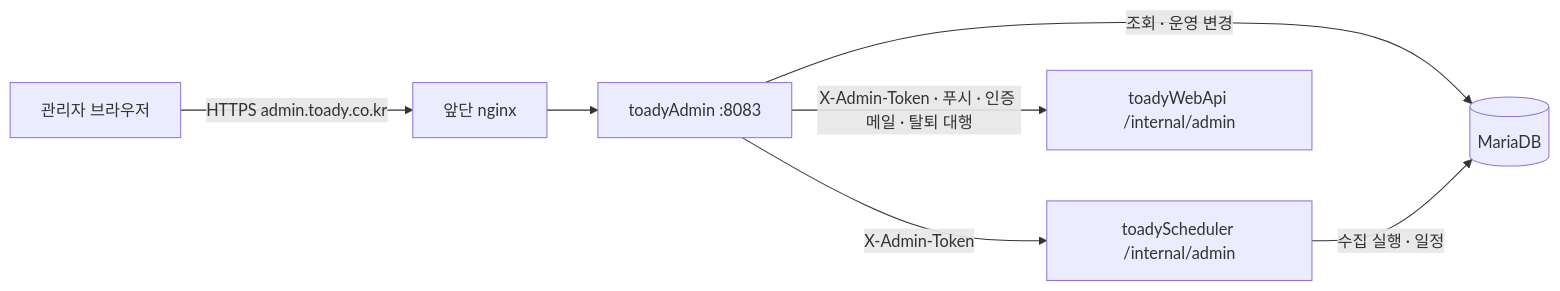
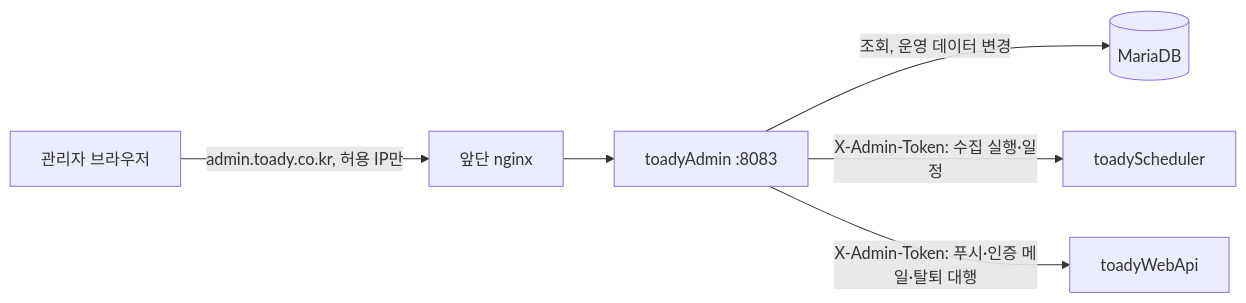
One commit to hyunyoul1004/toady changed the diagram in toadyAdmin/README.md. Above: the diagram before and after it, drawn with Mermaid. The commit also changed other lines of this file and 4 other files, not shown here.

````diff
--- a/toadyAdmin/README.md
+++ b/toadyAdmin/README.md
@@ -32,8 +37,7 @@
 ```mermaid
 flowchart LR
-    Browser["관리자 브라우저"] -->|HTTPS admin.toady.co.kr| Nginx["앞단 nginx"] --> Admin["toadyAdmin :8083"]
-    Admin -->|조회 · 운영 변경| DB[("MariaDB")]
-    Admin -->|X-Admin-Token| Scheduler["toadyScheduler /internal/admin"]
-    Admin -->|X-Admin-Token · 푸시 · 인증 메일 · 탈퇴 대행| Api["toadyWebApi /internal/admin"]
-    Scheduler -->|수집 실행 · 일정| DB
+    Browser[관리자 브라우저] -->|admin.toady.co.kr, 허용 IP만| Nginx[앞단 nginx] --> Admin[toadyAdmin :8083]
+    Admin -->|조회, 운영 데이터 변경| DB[(MariaDB)]
+    Admin -->|X-Admin-Token: 수집 실행·일정| Scheduler[toadyScheduler]
+    Admin -->|X-Admin-Token: 푸시·인증 메일·탈퇴 대행| Api[toadyWebApi]
 ```
````
